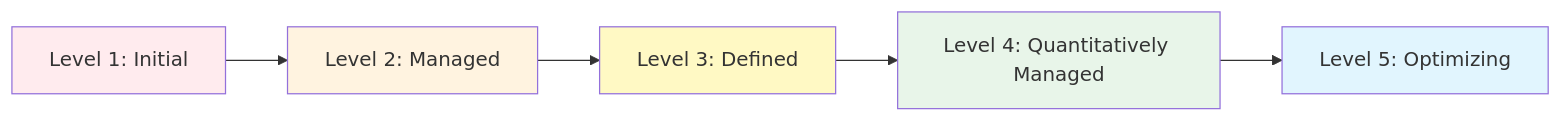
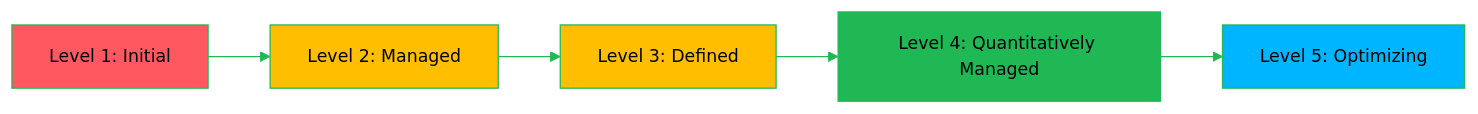
One commit to oat431/swe-knowledge changed the third of 12 diagrams in software-engineering-note/10_Software_Engineering_Process/07_Process_Assessment_and_Improvement.md. Above: the diagram before and after it, drawn with Mermaid. The commit also changed other lines of this file and 28 other files, not shown here.

````diff
--- a/software-engineering-note/10_Software_Engineering_Process/07_Process_Assessment_and_Improvement.md
+++ b/software-engineering-note/10_Software_Engineering_Process/07_Process_Assessment_and_Improvement.md
@@ -100,13 +104,14 @@
 ```mermaid
+%%{init: {'theme':'base','themeVariables':{'primaryColor':'#19362D','primaryTextColor':'#CDD3D1','primaryBorderColor':'#1FB854','lineColor':'#1FB854','secondaryColor':'#161212','tertiaryColor':'#1B1717','background':'#1B1717','mainBkg':'#19362D','nodeBorder':'#1FB854','clusterBkg':'#161212','clusterBorder':'#19362D','titleColor':'#1FB854','edgeLabelBackground':'#161212','fontSize':'14px'}}}%%
 graph LR
     L1[Level 1: Initial] --> L2[Level 2: Managed]
     L2 --> L3[Level 3: Defined]
     L3 --> L4[Level 4: Quantitatively Managed]
     L4 --> L5[Level 5: Optimizing]
     
-    style L1 fill:#ffebee
-    style L2 fill:#fff3e0
-    style L3 fill:#fff9c4
-    style L4 fill:#e8f5e9
-    style L5 fill:#e1f5fe
+    style L1 fill:#FF5861,color:#000000
+    style L2 fill:#FFBE00,color:#000000
+    style L3 fill:#FFBE00,color:#000000
+    style L4 fill:#1FB854,color:#000000
+    style L5 fill:#00B5FF,color:#000000
 ```
````
